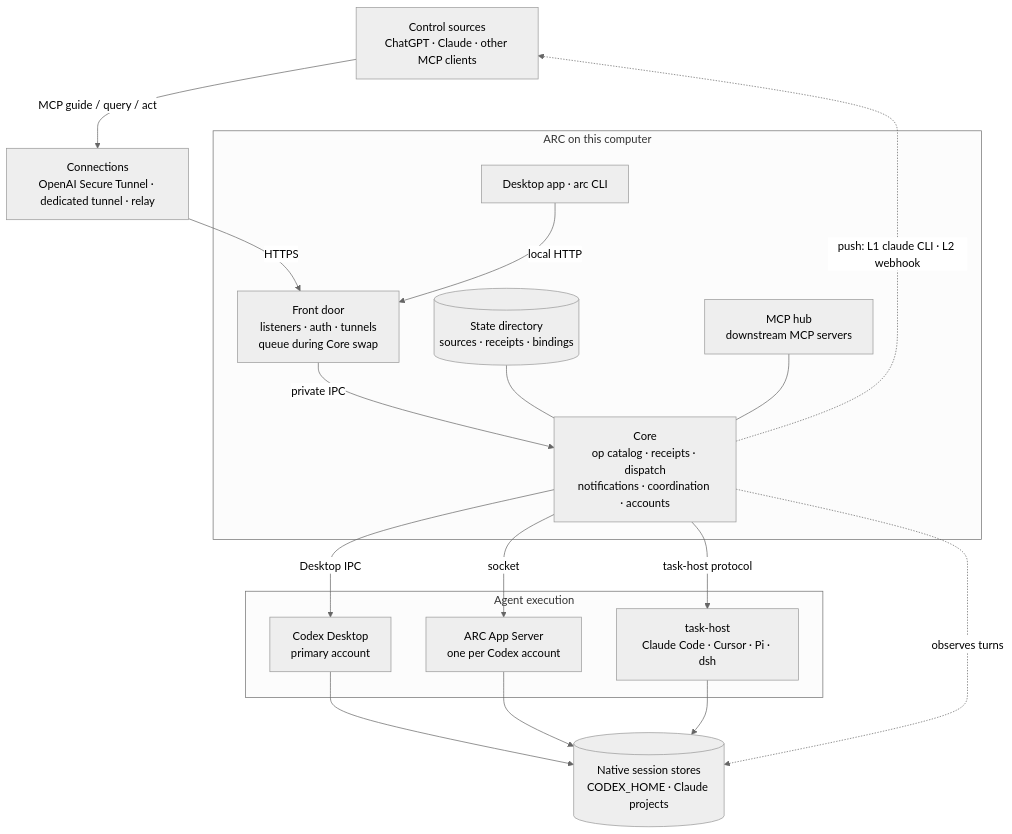
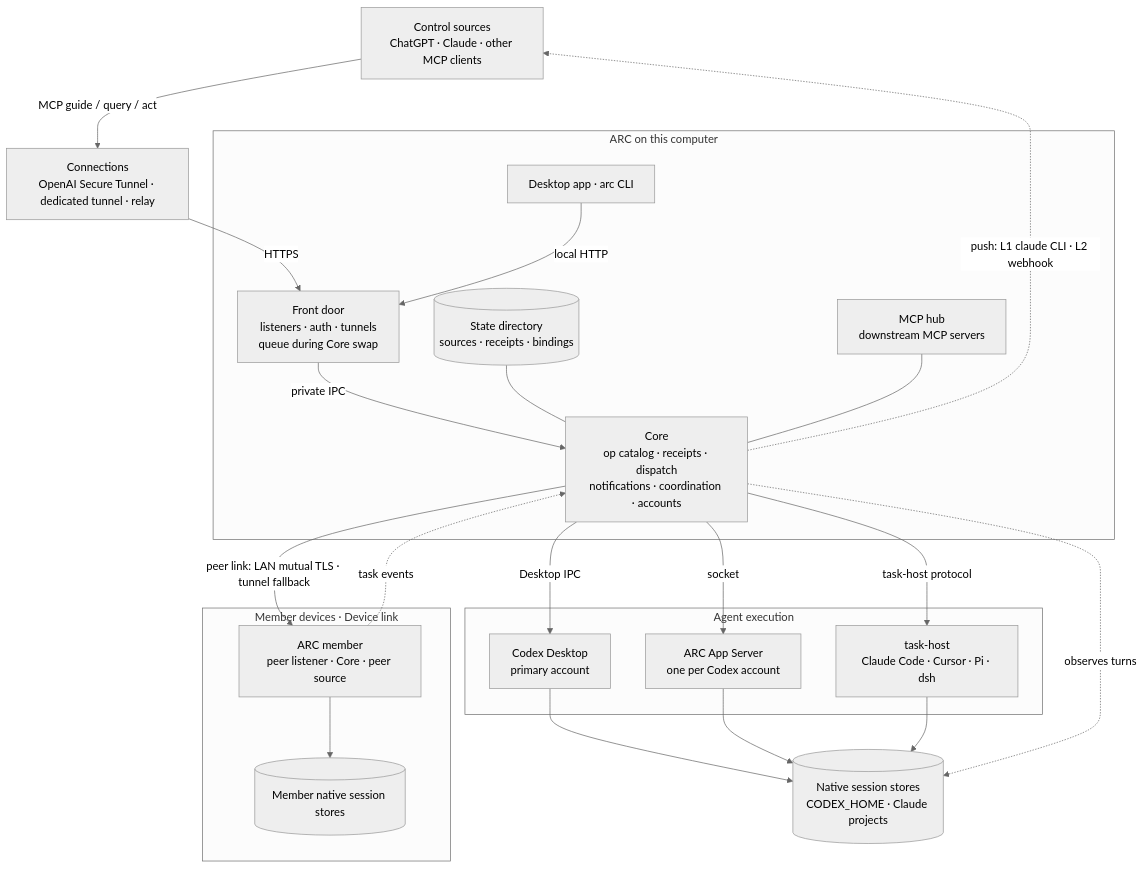
The diagram in arch/system-map.mmd (whzxc/agent-remote-control), drawn with Mermaid (neutral theme) before and after one commit. The commit also changed 6 other files, not shown here.

First line of the commit message:
docs(arch): propose Device link for LAN-first multi-device control

```diff
--- a/arch/system-map.mmd
+++ b/arch/system-map.mmd
@@ -1,33 +1,41 @@
 %% ARC system map (layer 0): processes, external parties and how they connect.
 %% Index and code mapping: docs/dev/arch-assets.md
 flowchart TB
   src["Control sources<br/>ChatGPT · Claude · other MCP clients"]
   net["Connections<br/>OpenAI Secure Tunnel · dedicated tunnel · relay"]
   subgraph HOST["ARC on this computer"]
     local["Desktop app · arc CLI"]
     fd["Front door<br/>listeners · auth · tunnels<br/>queue during Core swap"]
     state[("State directory<br/>sources · receipts · bindings")]
     hub["MCP hub<br/>downstream MCP servers"]
     core["Core<br/>op catalog · receipts · dispatch<br/>notifications · coordination · accounts"]
   end
   subgraph EXEC["Agent execution"]
     codexd["Codex Desktop<br/>primary account"]
     appsrv["ARC App Server<br/>one per Codex account"]
     taskhost["task-host<br/>Claude Code · Cursor · Pi · dsh"]
   end
   native[("Native session stores<br/>CODEX_HOME · Claude projects")]
+  subgraph MEMBERS["Member devices · Device link"]
+    member["ARC member<br/>peer listener · Core · peer source"]
+    mnative[("Member native session stores")]
+  end
   src -->|"MCP guide / query / act"| net
   net -->|"HTTPS"| fd
   local -->|"local HTTP"| fd
   fd -->|"private IPC"| core
   state --- core
   hub --- core
   core -->|"Desktop IPC"| codexd
   core -->|"socket"| appsrv
   core -->|"task-host protocol"| taskhost
   codexd --> native
   appsrv --> native
   taskhost --> native
   core -.->|"observes turns"| native
   core -.->|"push: L1 claude CLI · L2 webhook"| src
+  core -->|"peer link: LAN mutual TLS · tunnel fallback"| member
+  member -.->|"task events"| core
+  member --> mnative
   class hub experimental
+  class member experimental
```
